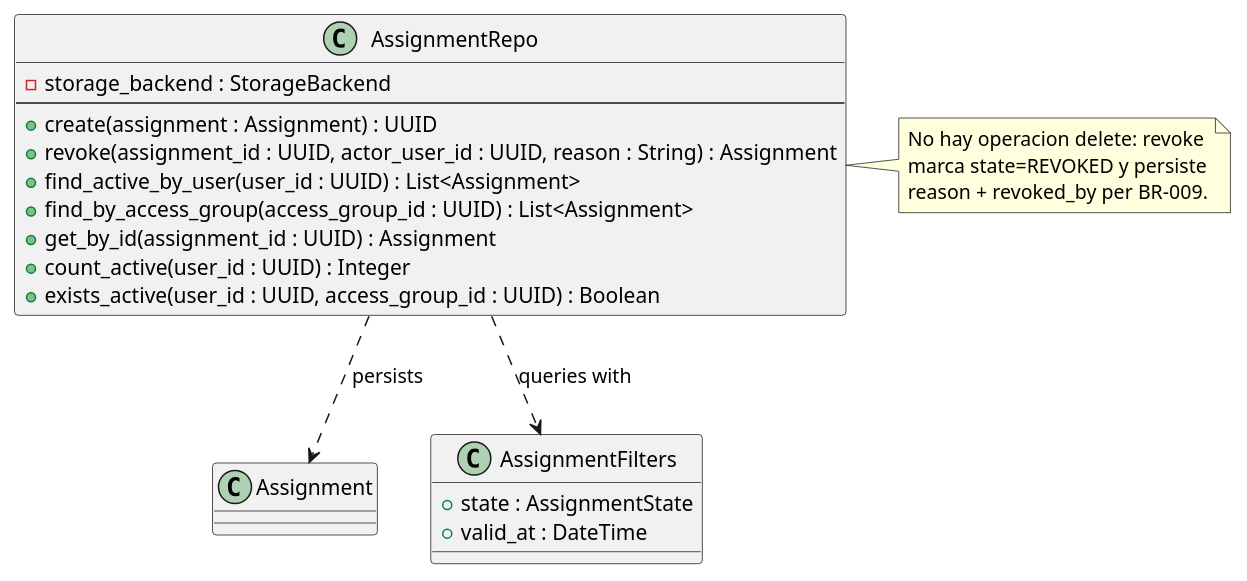
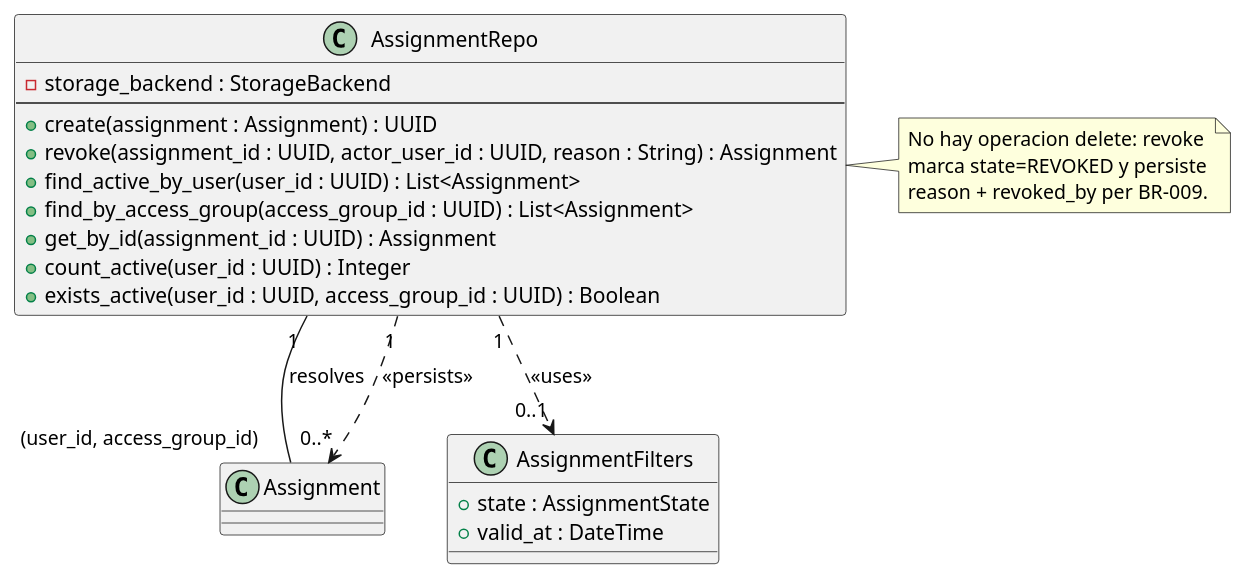
The diagram in source/arquitectura-tecnica/domain-model/assignment-repo.rst (jcg-admin/IACT-docs), drawn with PlantUML before and after one commit. The commit also changed 27 other files, not shown here.

First line of the commit message:
Apply UML rigor pass batch 2: Audit + Alerts + RBAC repos

```diff
--- a/source/arquitectura-tecnica/domain-model/assignment-repo.rst
+++ b/source/arquitectura-tecnica/domain-model/assignment-repo.rst
@@ -31,34 +31,35 @@
 .. uml::
  :caption: Clase AssignmentRepo — CRUD de Assignment con
            soporte de queries por estado y temporalidad.
 
  @startuml
 
  class AssignmentRepo {
    - storage_backend : StorageBackend
    --
    + create(assignment : Assignment) : UUID
    + revoke(assignment_id : UUID, actor_user_id : UUID, reason : String) : Assignment
    + find_active_by_user(user_id : UUID) : List<Assignment>
    + find_by_access_group(access_group_id : UUID) : List<Assignment>
    + get_by_id(assignment_id : UUID) : Assignment
    + count_active(user_id : UUID) : Integer
    + exists_active(user_id : UUID, access_group_id : UUID) : Boolean
  }
 
  class Assignment
  class AssignmentFilters {
    + state : AssignmentState
    + valid_at : DateTime
  }
 
- AssignmentRepo ..> Assignment : persists
- AssignmentRepo ..> AssignmentFilters : queries with
+ AssignmentRepo "1" -- "(user_id, access_group_id)" Assignment : resolves
+ AssignmentRepo "1" ..> "0..*" Assignment : <<persists>>
+ AssignmentRepo "1" ..> "0..1" AssignmentFilters : <<uses>>
 
  note right of AssignmentRepo
    No hay operacion delete: revoke
    marca state=REVOKED y persiste
    reason + revoked_by per BR-009.
  end note
 
  @enduml
```
